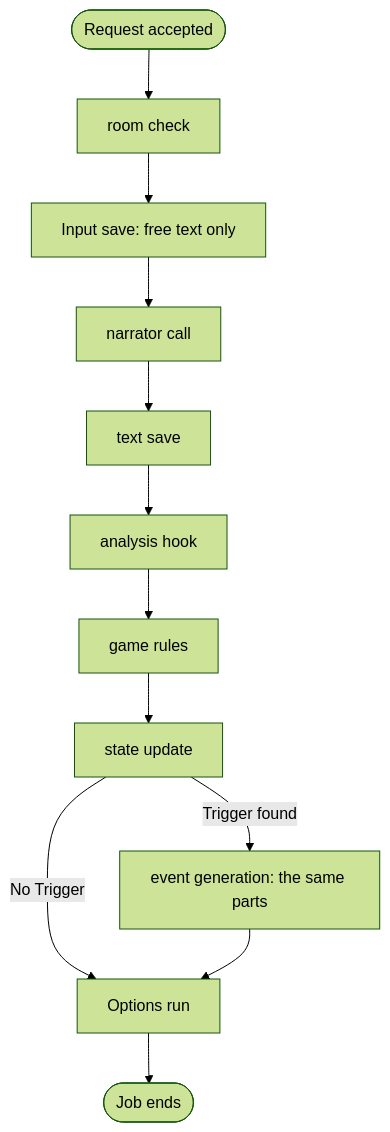
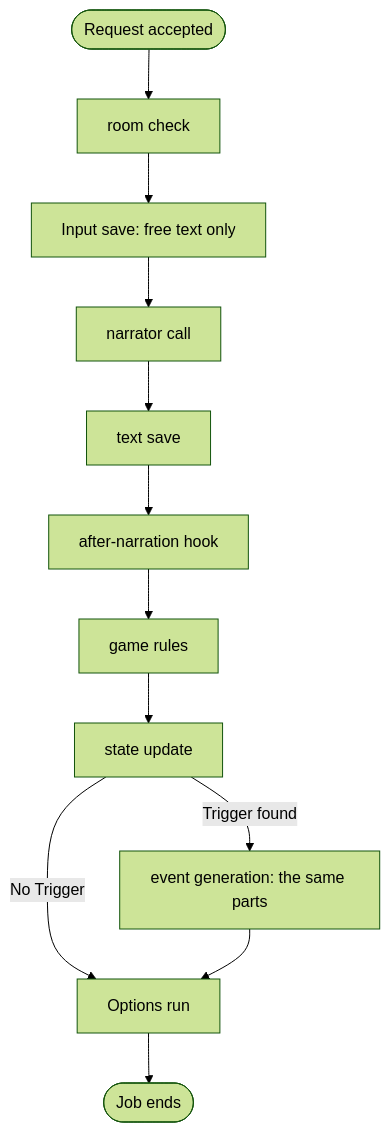
The diagram in docs/diataxis/reference/game_flow.md (notsonormal/chronicler-engine), drawn with Mermaid (forest theme) before and after one commit. The commit also changed other lines of this file and 55 other files, not shown here.

First line of the commit message:
refactor(agents): R4, the Quantifier result and the Game rules (ticket 32)

````diff
--- a/docs/diataxis/reference/game_flow.md
+++ b/docs/diataxis/reference/game_flow.md
@@ -44,14 +44,14 @@
 ```mermaid
 flowchart TD
     Start([Request accepted]) --> Room[room check]
     Room --> Input[Input save: free text only]
     Input --> Narrate[narrator call]
     Narrate --> TextSave[text save]
-    TextSave --> Analysis[analysis hook]
-    Analysis --> Rules[game rules]
+    TextSave --> AfterNarration[after-narration hook]
+    AfterNarration --> Rules[game rules]
     Rules --> Update[state update]
     Update -->|Trigger found| Event[event generation: the same parts]
     Update -->|No Trigger| Options[Options run]
     Event --> Options
     Options --> End([Job ends])
 ```
````
